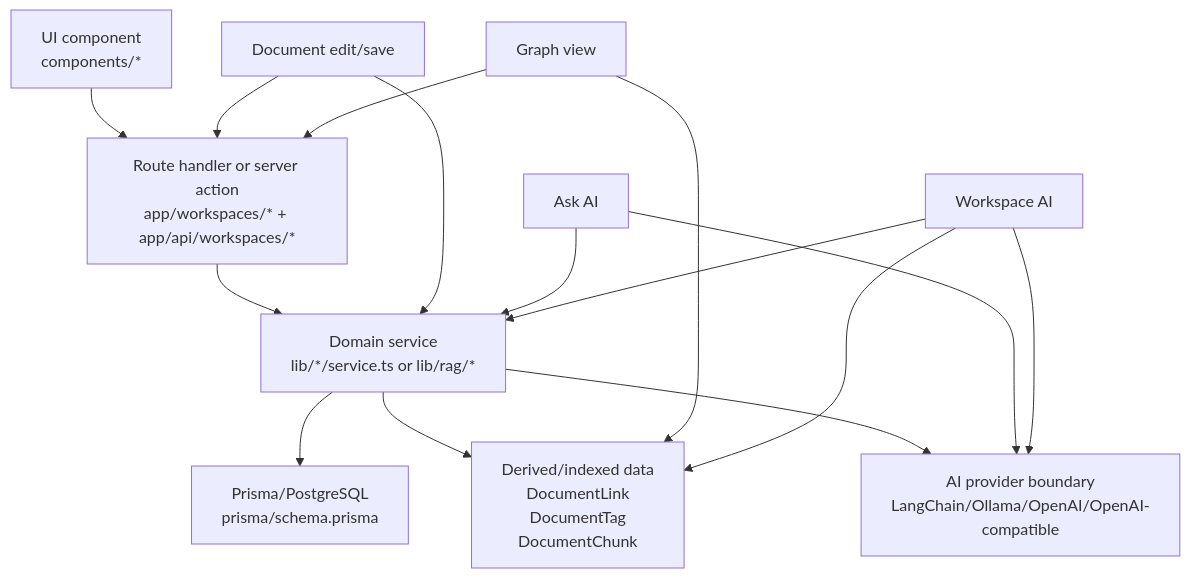
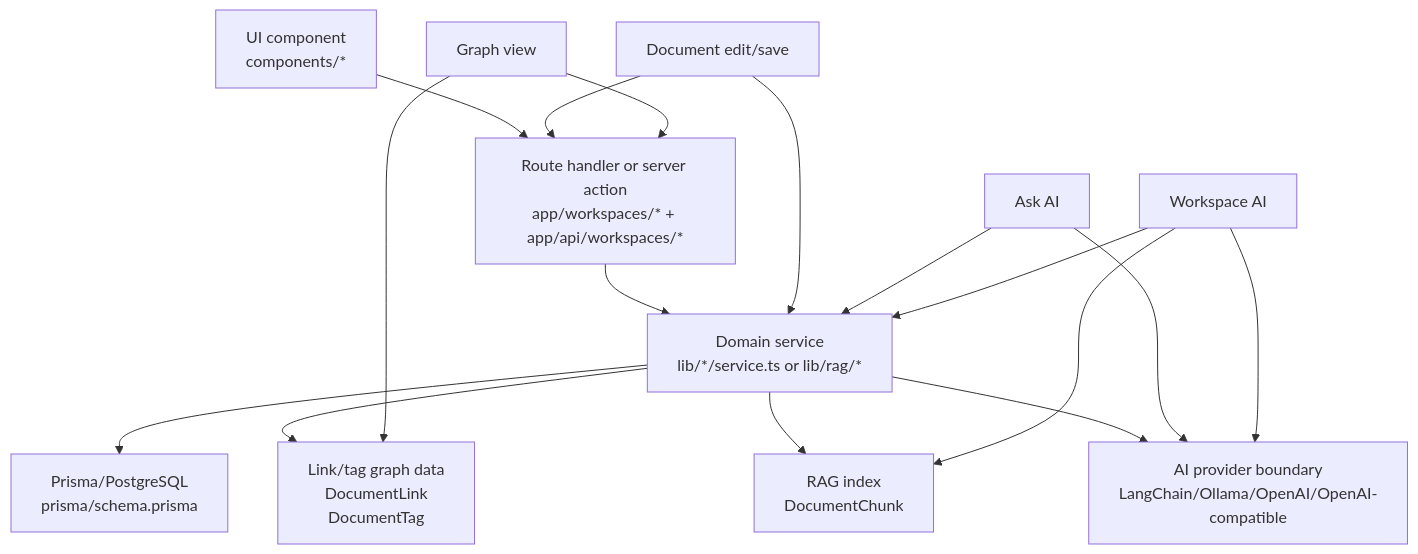
The second of 2 diagrams in wiki/Project Structure Onboarding.md (dschoi30/munjib), drawn with Mermaid before and after one commit. The commit also changed other lines of this file, not shown here.

Commit message:
docs: clarify onboarding rag index role

````diff
--- a/wiki/Project Structure Onboarding.md
+++ b/wiki/Project Structure Onboarding.md
@@ -80,25 +80,27 @@
 ```mermaid
 flowchart TD
   UI["UI component\ncomponents/*"]
   Route["Route handler or server action\napp/workspaces/* + app/api/workspaces/*"]
   Service["Domain service\nlib/*/service.ts or lib/rag/*"]
   DB["Prisma/PostgreSQL\nprisma/schema.prisma"]
-  Derived["Derived/indexed data\nDocumentLink\nDocumentTag\nDocumentChunk"]
+  LinkTagData["Link/tag graph data\nDocumentLink\nDocumentTag"]
+  RagIndex["RAG index\nDocumentChunk"]
   AI["AI provider boundary\nLangChain/Ollama/OpenAI/OpenAI-compatible"]
 
   UI --> Route
   Route --> Service
   Service --> DB
-  Service --> Derived
+  Service --> LinkTagData
+  Service --> RagIndex
   Service --> AI
 
   Doc["Document edit/save"] --> Route
   Doc --> Service
   Graph["Graph view"] --> Route
-  Graph --> Derived
+  Graph --> LinkTagData
   Ask["Ask AI"] --> Service
   Ask --> AI
   Chat["Workspace AI"] --> Service
-  Chat --> Derived
+  Chat --> RagIndex
   Chat --> AI
 ```
````
